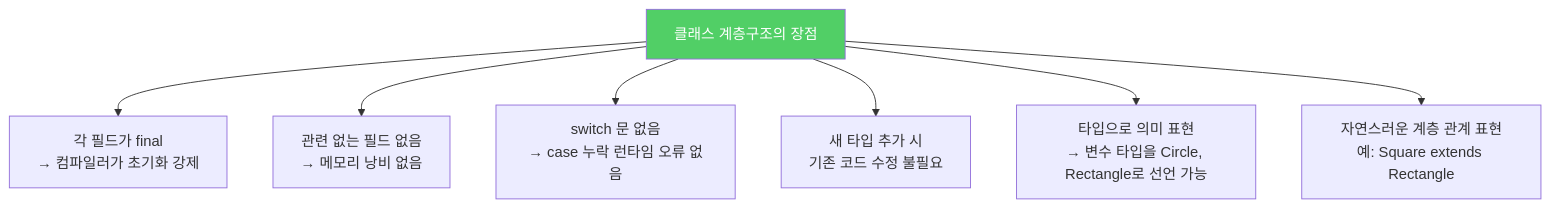
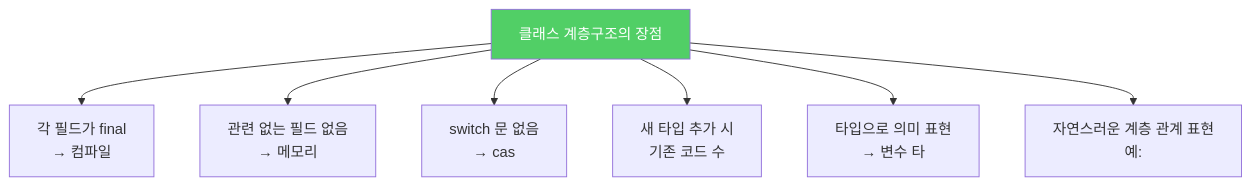
The third of 4 diagrams in _posts/java/2022-01-04-effective-java23.md (yjkim2015/yjkim2015.github.io), drawn with Mermaid before and after one commit. The commit also changed other lines of this file and 271 other files, not shown here.

First line of the commit message:
Mermaid 라벨 축소: 긴 노드 텍스트 18자 이하로 트림 + \n 제거

````diff
--- a/_posts/java/2022-01-04-effective-java23.md
+++ b/_posts/java/2022-01-04-effective-java23.md
@@ -153,10 +153,10 @@
 ```mermaid
 graph TD
-    A["클래스 계층구조의 장점"] --> B["각 필드가 final\n→ 컴파일러가 초기화 강제"]
-    A --> C["관련 없는 필드 없음\n→ 메모리 낭비 없음"]
-    A --> D["switch 문 없음\n→ case 누락 런타임 오류 없음"]
-    A --> E["새 타입 추가 시\n기존 코드 수정 불필요"]
-    A --> F["타입으로 의미 표현\n→ 변수 타입을 Circle, Rectangle로 선언 가능"]
-    A --> G["자연스러운 계층 관계 표현\n예: Square extends Rectangle"]
+    A["클래스 계층구조의 장점"] --> B["각 필드가 final\n→ 컴파일"]
+    A --> C["관련 없는 필드 없음\n→ 메모리"]
+    A --> D["switch 문 없음\n→ cas"]
+    A --> E["새 타입 추가 시\n기존 코드 수"]
+    A --> F["타입으로 의미 표현\n→ 변수 타"]
+    A --> G["자연스러운 계층 관계 표현\n예:"]
     style A fill:#51cf66,color:#fff
 ```
````
